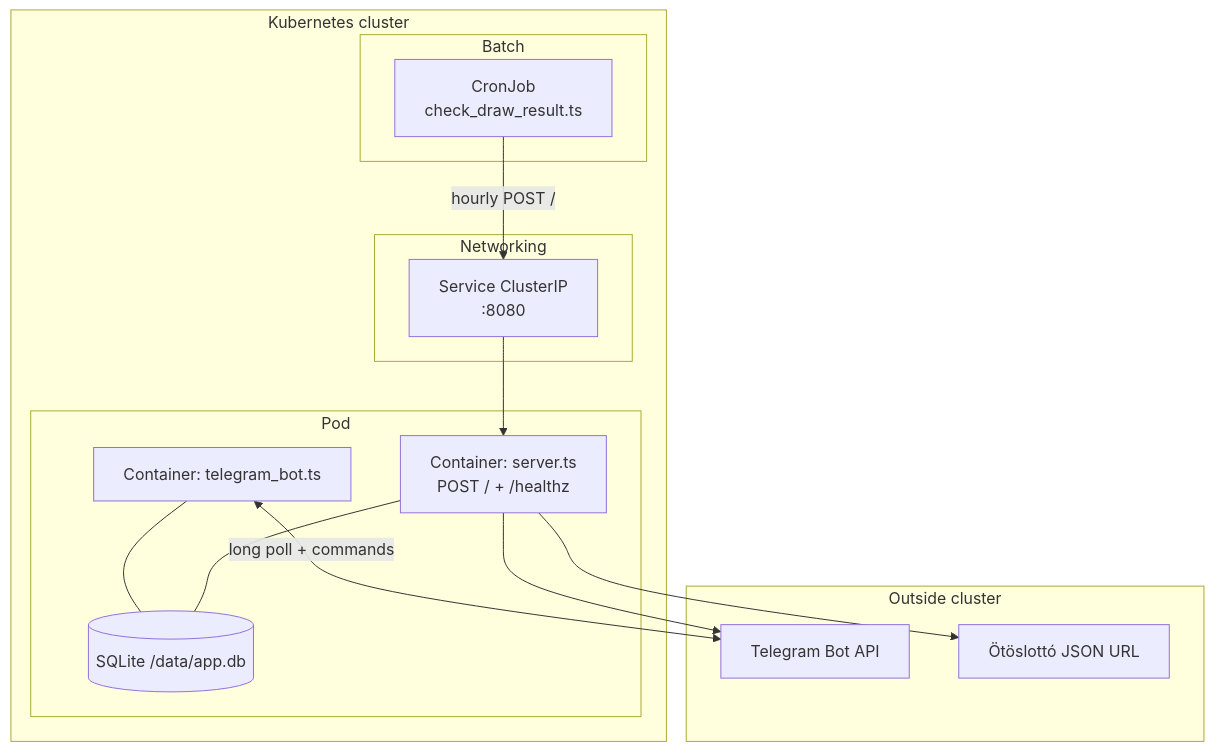
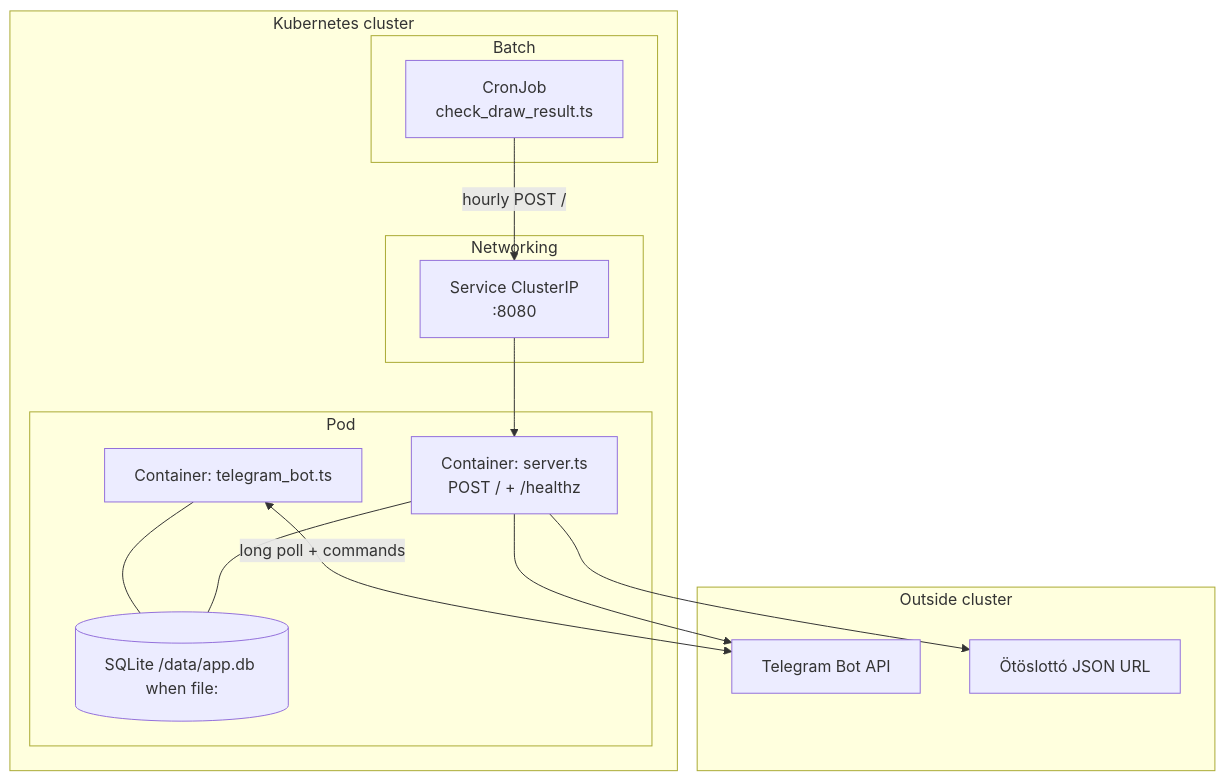
Before and after one commit to 95gabor/szerencsejatek-telegram-bot: the third of 4 diagrams in docs/architecture.md, drawn with Mermaid. The commit also changed other lines of this file and 19 other files, not shown here.

````diff
--- a/docs/architecture.md
+++ b/docs/architecture.md
@@ -87,27 +88,27 @@
 ```mermaid
 flowchart TB
   subgraph cluster [Kubernetes cluster]
     subgraph cron [Batch]
       CJ["CronJob<br/>check_draw_result.ts"]
     end
     subgraph net [Networking]
       SVC[Service ClusterIP\n:8080]
     end
     subgraph pod [Pod]
       TEL["Container: telegram_bot.ts"]
       SRV["Container: server.ts<br/>POST / + /healthz"]
-      VOL[(SQLite /data/app.db)]
+      VOL[(SQLite /data/app.db when file:)]
     end
   end
   subgraph outside [Outside cluster]
     TAPI[Telegram Bot API]
     FEED[Ötöslottó JSON URL]
   end
   TEL <-->|long poll + commands| TAPI
   SRV --> FEED
   SRV --> TAPI
   TEL --- VOL
   SRV --- VOL
   CJ -->|hourly POST /| SVC
   SVC --> SRV
 ```
````
